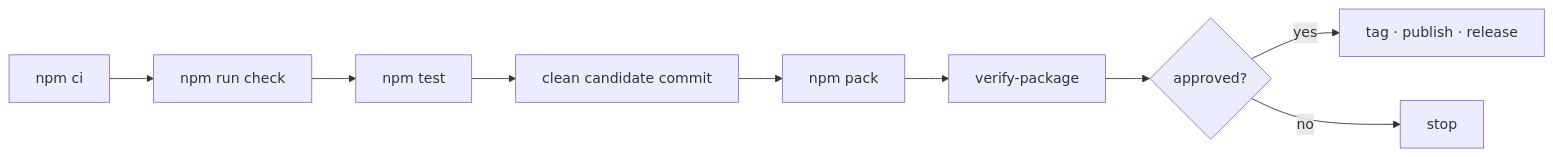
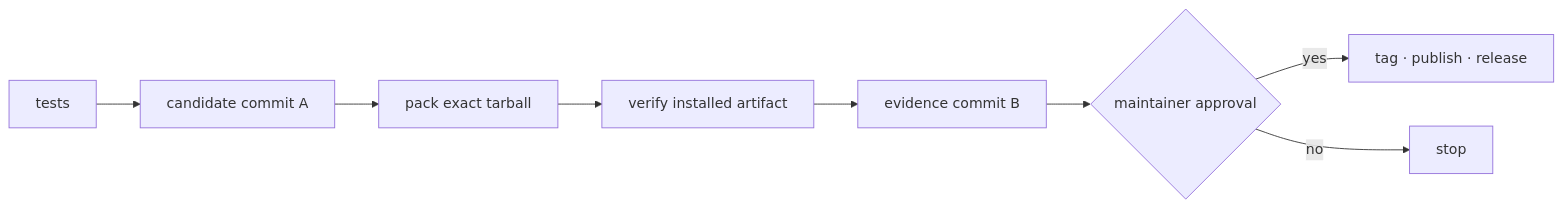
The diagram in docs/RELEASING.md (automatis-tools/agents-can-communicate), drawn with Mermaid before and after one commit. The commit also changed other lines of this file and 13 other files, not shown here.

````diff
--- a/docs/RELEASING.md
+++ b/docs/RELEASING.md
@@ -3,6 +7,10 @@
 ```mermaid
 graph LR
-  A[npm ci] --> B[npm run check] --> C[npm test] --> D[clean candidate commit] --> E[npm pack] --> F[verify-package] --> G{approved?}
-  G -->|yes| H[tag · publish · release]
-  G -->|no| I[stop]
+  A[tests] --> B[candidate commit A]
+  B --> C[pack exact tarball]
+  C --> D[verify installed artifact]
+  D --> E[evidence commit B]
+  E --> F{maintainer approval}
+  F -->|yes| G[tag · publish · release]
+  F -->|no| H[stop]
 ```
````
